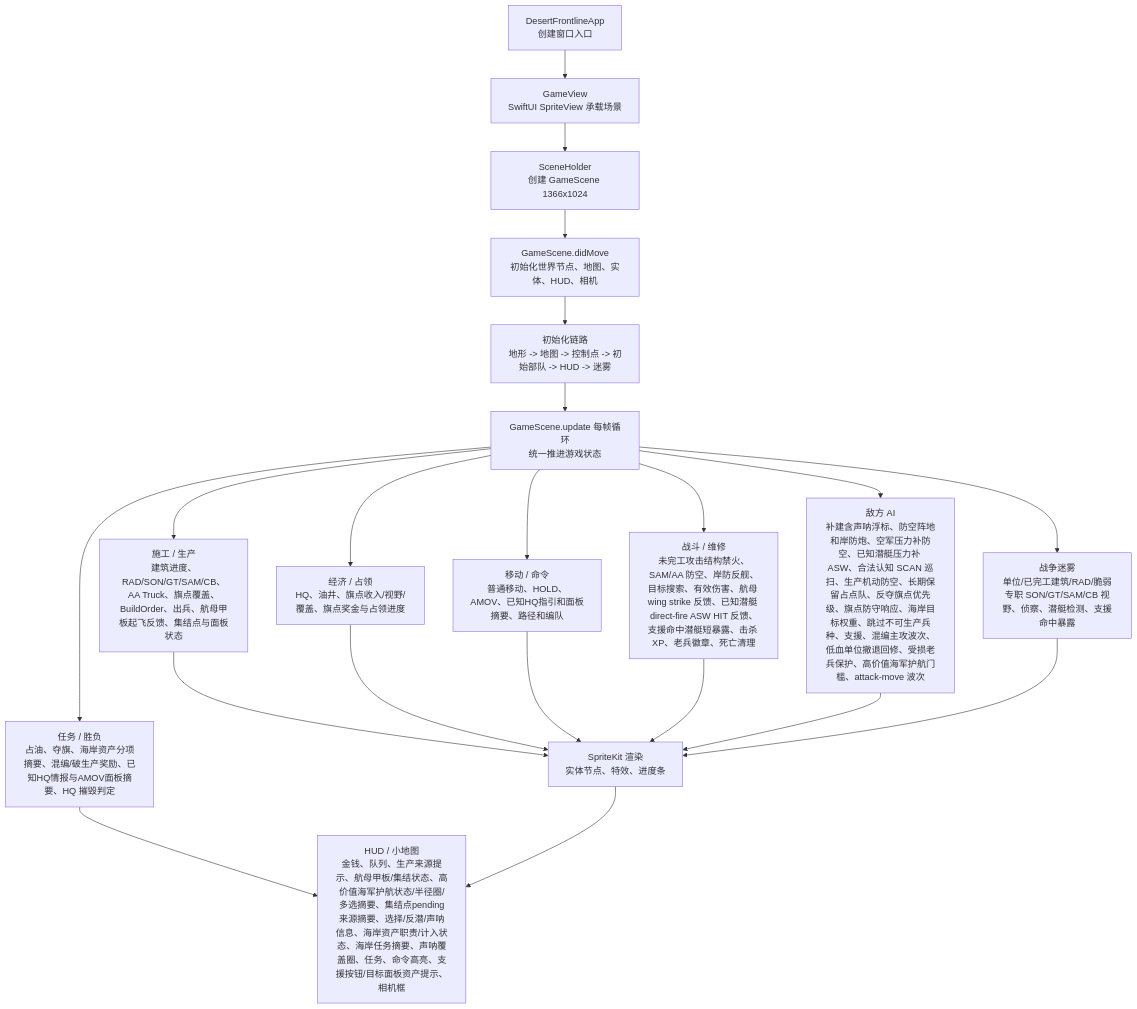
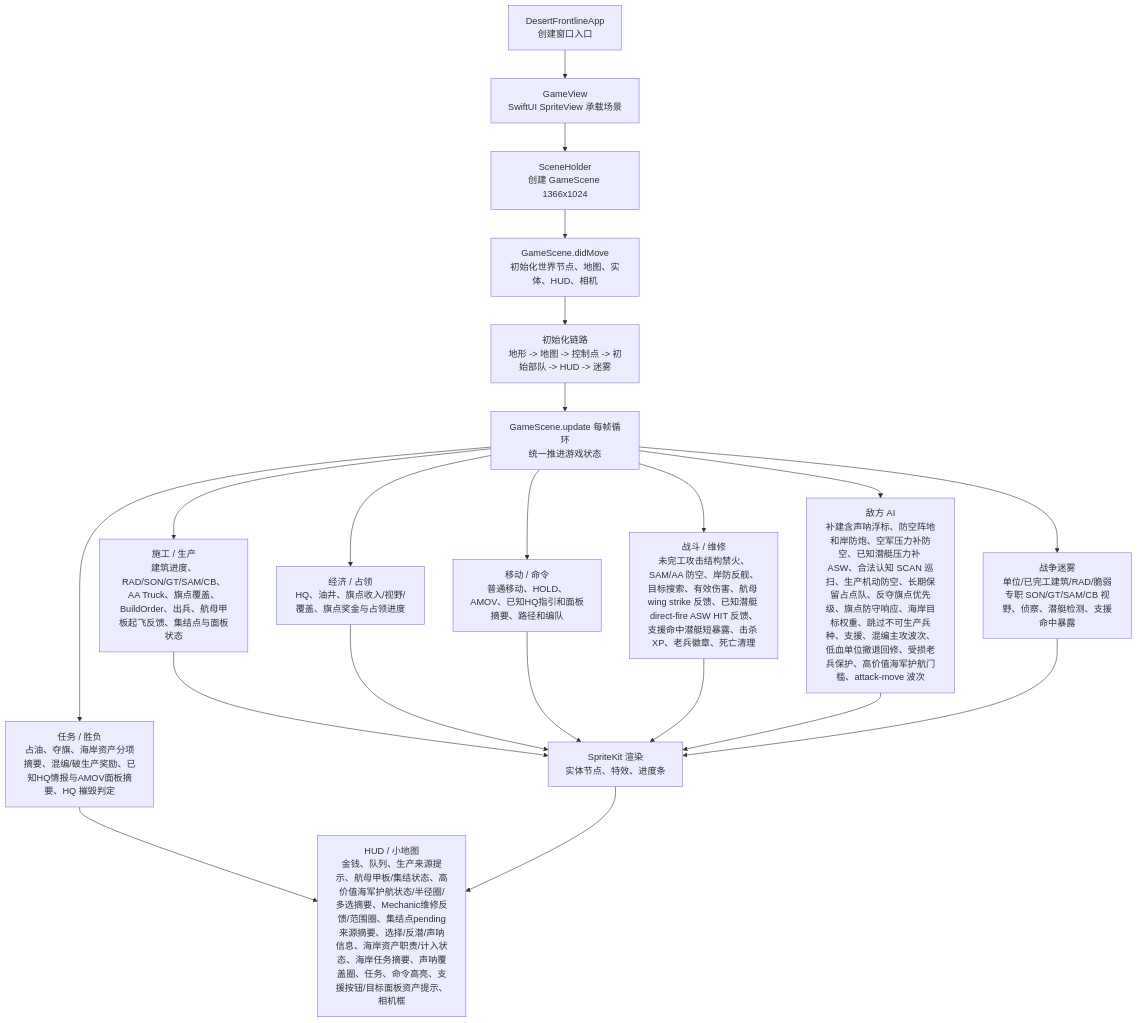
Before and after one commit to Altman-sam114/1145: the first of 3 diagrams in md/flow/flowchart.md, drawn with Mermaid. The commit also changed 4 other files, not shown here.

````diff
--- a/md/flow/flowchart.md
+++ b/md/flow/flowchart.md
@@ -9,23 +9,23 @@
 ```mermaid
 flowchart TD
   App["DesertFrontlineApp\n创建窗口入口"] --> View["GameView\nSwiftUI SpriteView 承载场景"]
   View --> Holder["SceneHolder\n创建 GameScene 1366x1024"]
   Holder --> Scene["GameScene.didMove\n初始化世界节点、地图、实体、HUD、相机"]
   Scene --> Init["初始化链路\n地形 -> 地图 -> 控制点 -> 初始部队 -> HUD -> 迷雾"]
   Init --> Loop["GameScene.update 每帧循环\n统一推进游戏状态"]
   Loop --> Build["施工 / 生产\n建筑进度、RAD/SON/GT/SAM/CB、AA Truck、旗点覆盖、BuildOrder、出兵、航母甲板起飞反馈、集结点与面板状态"]
   Loop --> Economy["经济 / 占领\nHQ、油井、旗点收入/视野/覆盖、旗点奖金与占领进度"]
   Loop --> Commands["移动 / 命令\n普通移动、HOLD、AMOV、已知HQ指引和面板摘要、路径和编队"]
   Loop --> Combat["战斗 / 维修\n未完工攻击结构禁火、SAM/AA 防空、岸防反舰、目标搜索、有效伤害、航母 wing strike 反馈、已知潜艇 direct-fire ASW HIT 反馈、支援命中潜艇短暴露、击杀 XP、老兵徽章、死亡清理"]
   Loop --> AI["敌方 AI\n补建含声呐浮标、防空阵地和岸防炮、空军压力补防空、已知潜艇压力补 ASW、合法认知 SCAN 巡扫、生产机动防空、长期保留占点队、反夺旗点优先级、旗点防守响应、海岸目标权重、跳过不可生产兵种、支援、混编主攻波次、低血单位撤退回修、受损老兵保护、高价值海军护航门槛、attack-move 波次"]
   Loop --> Fog["战争迷雾\n单位/已完工建筑/RAD/脆弱专职 SON/GT/SAM/CB 视野、侦察、潜艇检测、支援命中暴露"]
   Loop --> Mission["任务 / 胜负\n占油、夺旗、海岸资产分项摘要、混编/破生产奖励、已知HQ情报与AMOV面板摘要、HQ 摧毁判定"]
   Build --> Render["SpriteKit 渲染\n实体节点、特效、进度条"]
   Economy --> Render
   Commands --> Render
   Combat --> Render
   AI --> Render
   Fog --> Render
-  Mission --> HUD["HUD / 小地图\n金钱、队列、生产来源提示、航母甲板/集结状态、高价值海军护航状态/半径圈/多选摘要、集结点pending来源摘要、选择/反潜/声呐信息、海岸资产职责/计入状态、海岸任务摘要、声呐覆盖圈、任务、命令高亮、支援按钮/目标面板资产提示、相机框"]
+  Mission --> HUD["HUD / 小地图\n金钱、队列、生产来源提示、航母甲板/集结状态、高价值海军护航状态/半径圈/多选摘要、Mechanic维修反馈/范围圈、集结点pending来源摘要、选择/反潜/声呐信息、海岸资产职责/计入状态、海岸任务摘要、声呐覆盖圈、任务、命令高亮、支援按钮/目标面板资产提示、相机框"]
   Render --> HUD
 ```
````
